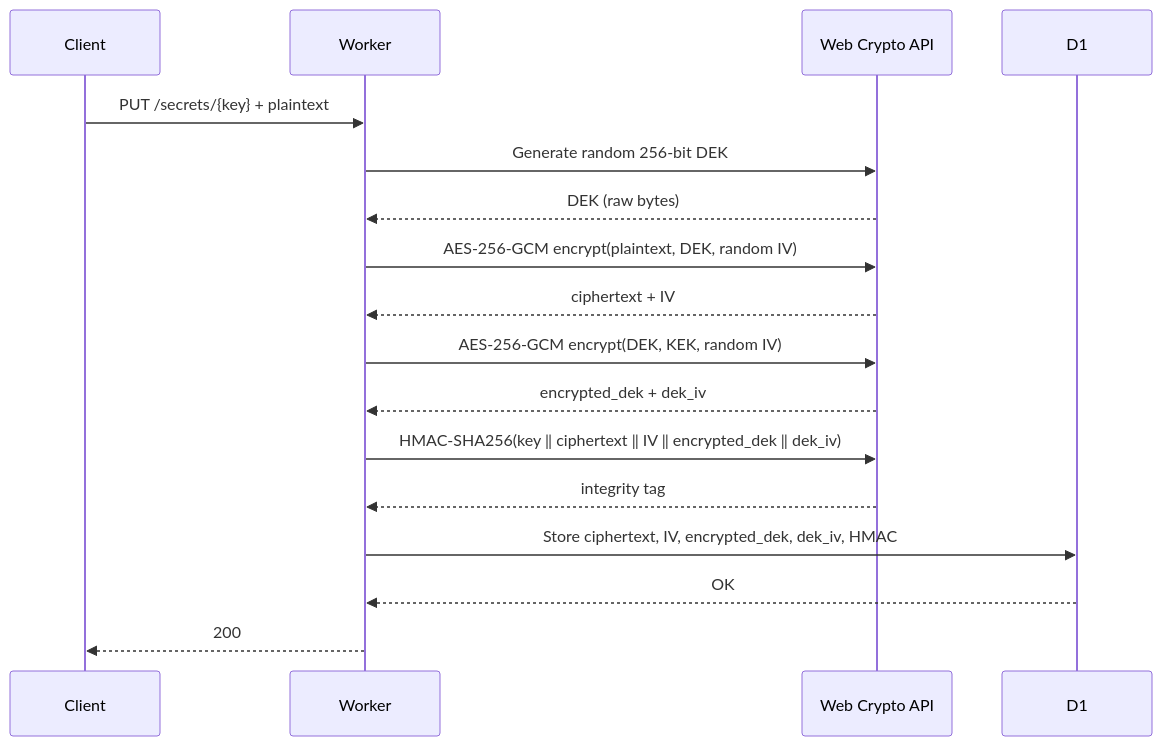
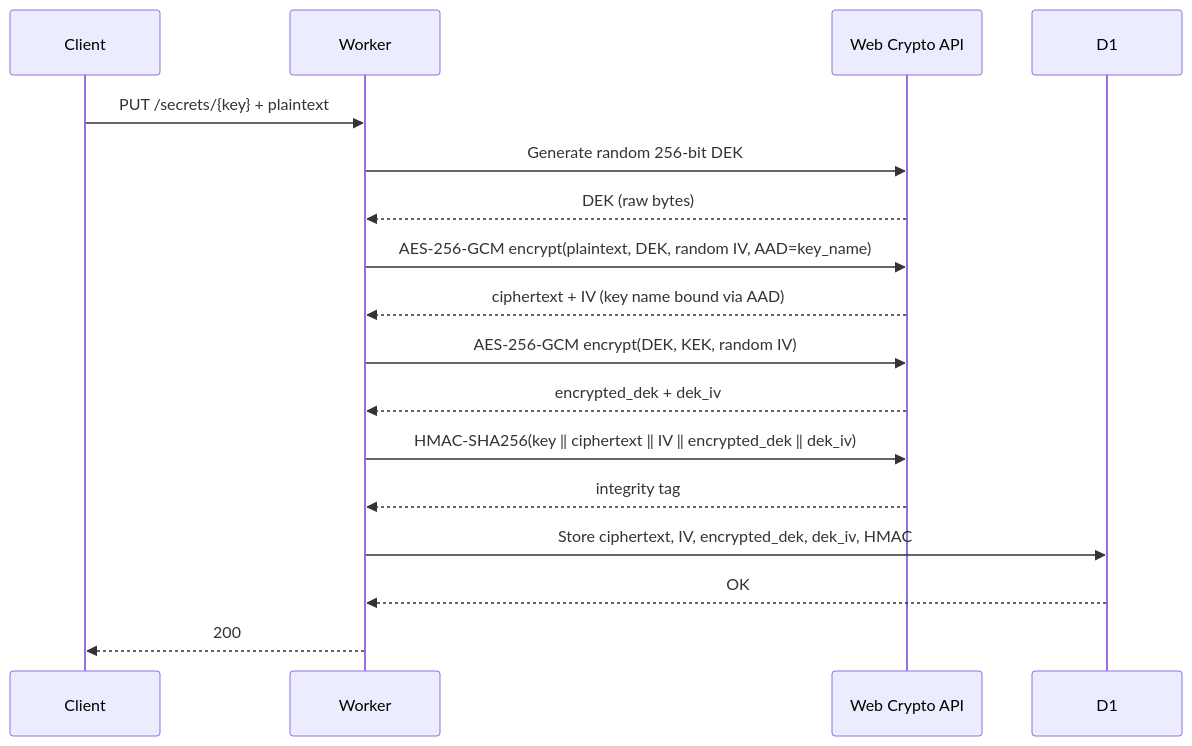
Before and after one commit to FlarelyLegal/worker-secrets: the second of 7 diagrams in docs/encryption.md, drawn with Mermaid. The commit also changed other lines of this file and 14 other files, not shown here.

First line of the commit message:
feat: v0.26.0 - AES-256-GCM AAD binding for secret key names

````diff
--- a/docs/encryption.md
+++ b/docs/encryption.md
@@ -47,20 +47,20 @@
 ```mermaid
 sequenceDiagram
     participant Client
     participant Worker
     participant Crypto as Web Crypto API
     participant D1
 
     Client->>Worker: PUT /secrets/{key} + plaintext
     Worker->>Crypto: Generate random 256-bit DEK
     Crypto-->>Worker: DEK (raw bytes)
-    Worker->>Crypto: AES-256-GCM encrypt(plaintext, DEK, random IV)
-    Crypto-->>Worker: ciphertext + IV
+    Worker->>Crypto: AES-256-GCM encrypt(plaintext, DEK, random IV, AAD=key_name)
+    Crypto-->>Worker: ciphertext + IV (key name bound via AAD)
     Worker->>Crypto: AES-256-GCM encrypt(DEK, KEK, random IV)
     Crypto-->>Worker: encrypted_dek + dek_iv
     Worker->>Crypto: HMAC-SHA256(key ‖ ciphertext ‖ IV ‖ encrypted_dek ‖ dek_iv)
     Crypto-->>Worker: integrity tag
     Worker->>D1: Store ciphertext, IV, encrypted_dek, dek_iv, HMAC
     D1-->>Worker: OK
     Worker-->>Client: 200
 ```
````
